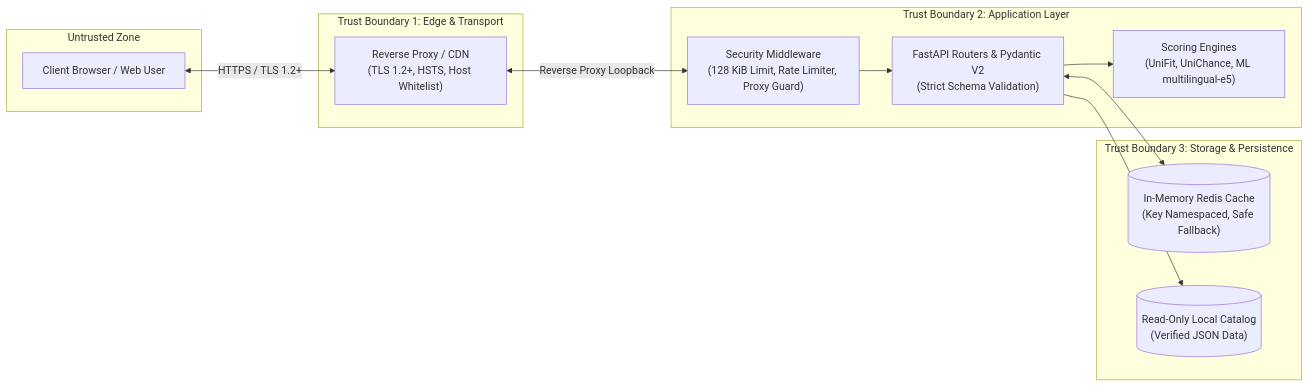
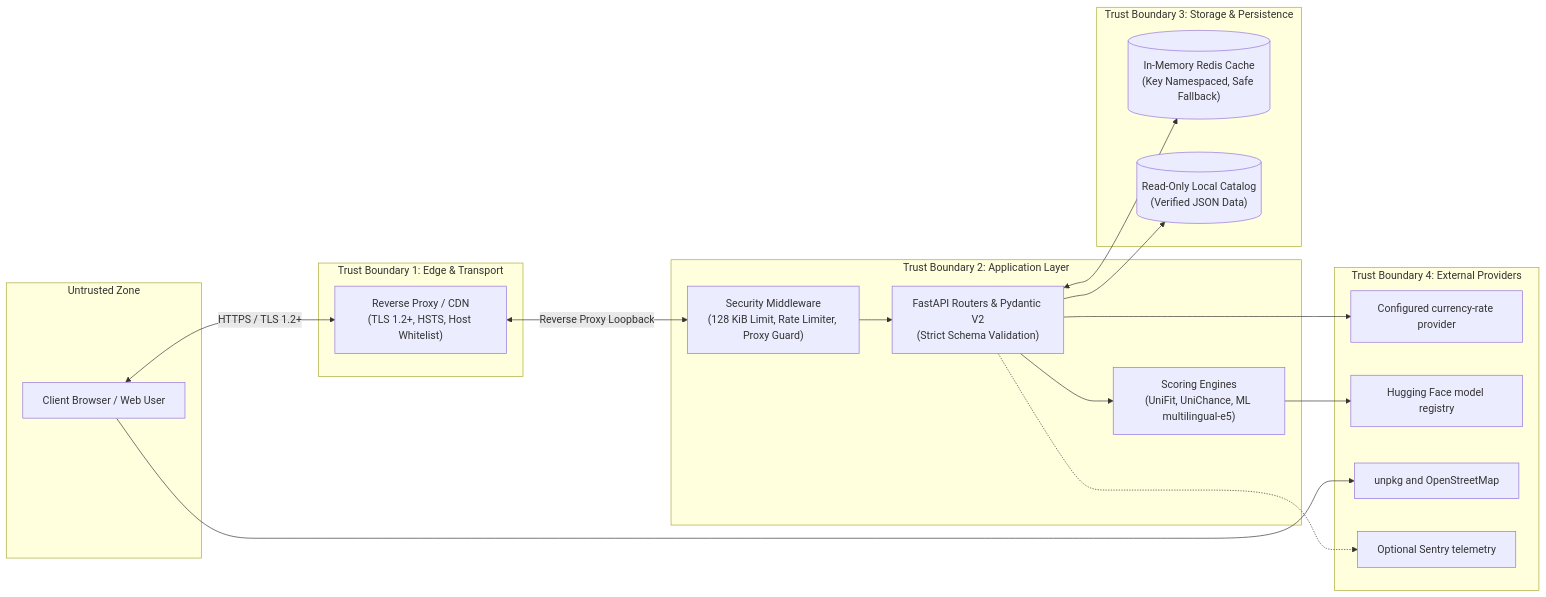
One commit to mukhammedsh/unisearch changed the diagram in docs/security-assurance.md. Above: the diagram before and after it, drawn with Mermaid. The commit also changed other lines of this file and 7 other files, not shown here.

````diff
--- a/docs/security-assurance.md
+++ b/docs/security-assurance.md
@@ -29,28 +43,39 @@
 ```mermaid
 flowchart LR
     subgraph UntrustedZone ["Untrusted Zone"]
         ClientBrowser["Client Browser / Web User"]
     end
 
     subgraph EdgeBoundary ["Trust Boundary 1: Edge & Transport"]
         Proxy["Reverse Proxy / CDN\n(TLS 1.2+, HSTS, Host Whitelist)"]
     end
 
     subgraph AppBoundary ["Trust Boundary 2: Application Layer"]
         MW["Security Middleware\n(128 KiB Limit, Rate Limiter, Proxy Guard)"]
         Routers["FastAPI Routers & Pydantic V2\n(Strict Schema Validation)"]
         Engine["Scoring Engines\n(UniFit, UniChance, ML multilingual-e5)"]
     end
 
     subgraph DataBoundary ["Trust Boundary 3: Storage & Persistence"]
         RedisStore[("In-Memory Redis Cache\n(Key Namespaced, Safe Fallback)")]
         LocalJSON[("Read-Only Local Catalog\n(Verified JSON Data)")]
     end
 
+    subgraph ThirdParty ["Trust Boundary 4: External Providers"]
+        Rates["Configured currency-rate provider"]
+        Model["Hugging Face model registry"]
+        Map["unpkg and OpenStreetMap"]
+        Sentry["Optional Sentry telemetry"]
+    end
+
     ClientBrowser <--> |HTTPS / TLS 1.2+| Proxy
     Proxy <--> |Reverse Proxy Loopback| MW
     MW --> Routers
     Routers --> Engine
     Routers <--> RedisStore
     Routers --> LocalJSON
+    Routers --> Rates
+    Engine --> Model
+    ClientBrowser --> Map
+    Routers -.-> Sentry
 ```
````
